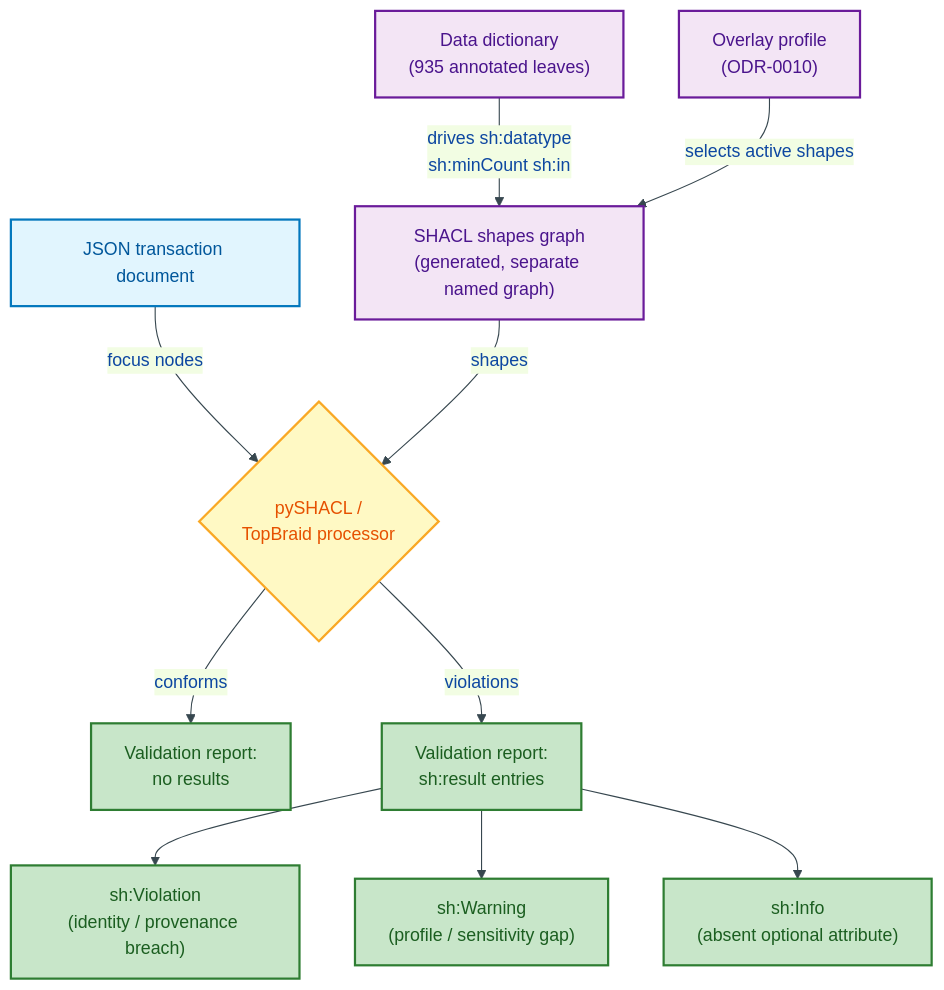
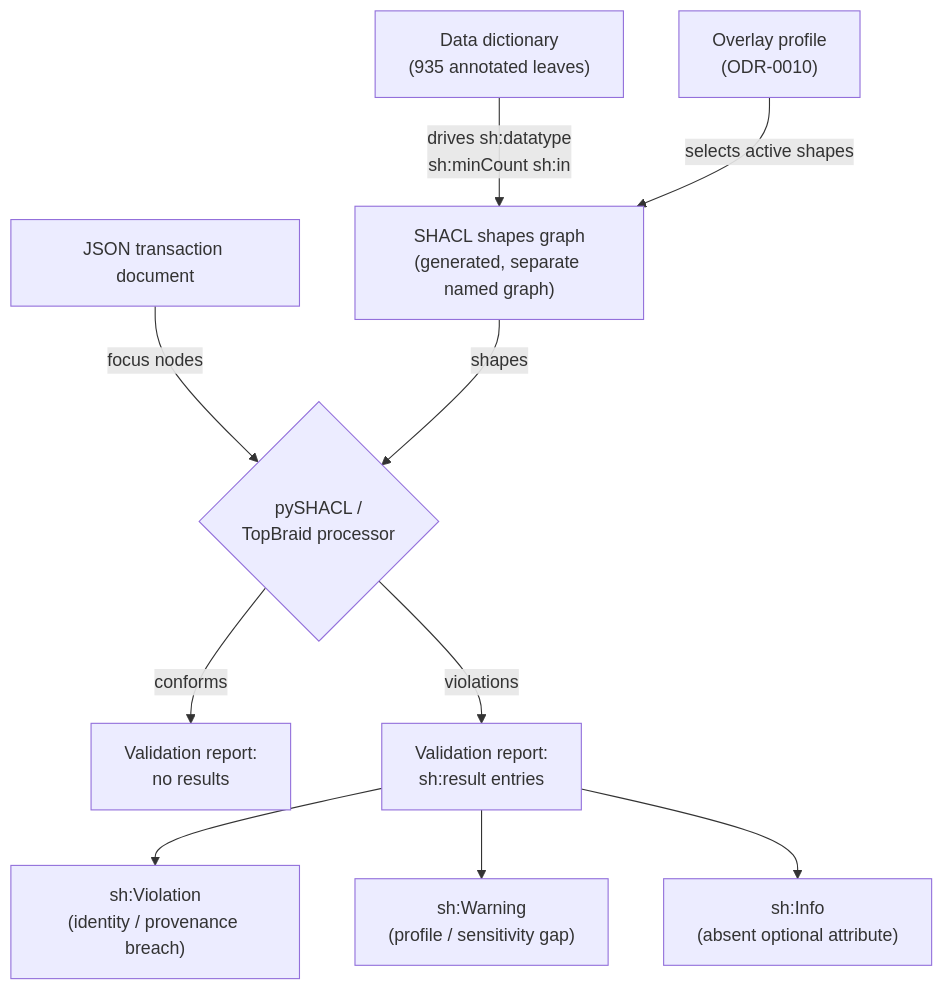
The first of 4 diagrams in docs/ontology/odr/ODR-0013-shacl-validation-and-severity.md (sparkling/opda), drawn with Mermaid before and after one commit. The commit also changed other lines of this file and 25 other files, not shown here.

````diff
--- a/docs/ontology/odr/ODR-0013-shacl-validation-and-severity.md
+++ b/docs/ontology/odr/ODR-0013-shacl-validation-and-severity.md
@@ -29,24 +29,19 @@
 ```mermaid
-%%{init:{"theme":"base","themeVariables":{"primaryColor":"#E3F2FD","primaryTextColor":"#0D47A1","primaryBorderColor":"#1565C0","lineColor":"#37474F"}}}%%
 flowchart TD
     accTitle: SHACL validation flow
     accDescr: A JSON transaction document is validated against profile-selected SHACL shapes to produce a severity-tiered report.
-    classDef process fill:#E1F5FE,stroke:#0277BD,stroke-width:2px,color:#01579B
-    classDef decision fill:#FFF9C4,stroke:#F9A825,stroke-width:2px,color:#E65100
-    classDef output fill:#C8E6C9,stroke:#2E7D32,stroke-width:2px,color:#1B5E20
-    classDef store fill:#F3E5F5,stroke:#6A1B9A,stroke-width:2px,color:#4A148C
 
-    DD["Data dictionary<br/>(935 annotated leaves)"]:::store
-    SG["SHACL shapes graph<br/>(generated, separate named graph)"]:::store
+    DD["Data dictionary<br/>(935 annotated leaves)"]:::user
+    SG["SHACL shapes graph<br/>(generated, separate named graph)"]:::user
     DD -->|"drives sh:datatype<br/>sh:minCount sh:in"| SG
     JSON["JSON transaction document"]:::process
-    PROF["Overlay profile<br/>(ODR-0010)"]:::store
+    PROF["Overlay profile<br/>(ODR-0010)"]:::user
     PROF -->|"selects active shapes"| SG
-    JSON -->|"focus nodes"| PROC{"pySHACL /<br/>TopBraid processor"}:::decision
+    JSON -->|"focus nodes"| PROC{"pySHACL /<br/>TopBraid processor"}:::warning
     SG -->|"shapes"| PROC
-    PROC -->|"conforms"| OK["Validation report:<br/>no results"]:::output
-    PROC -->|"violations"| RPT["Validation report:<br/>sh:result entries"]:::output
-    RPT --> V["sh:Violation<br/>(identity / provenance breach)"]:::output
-    RPT --> W["sh:Warning<br/>(profile / sensitivity gap)"]:::output
-    RPT --> I["sh:Info<br/>(absent optional attribute)"]:::output
+    PROC -->|"conforms"| OK["Validation report:<br/>no results"]:::success
+    PROC -->|"violations"| RPT["Validation report:<br/>sh:result entries"]:::success
+    RPT --> V["sh:Violation<br/>(identity / provenance breach)"]:::success
+    RPT --> W["sh:Warning<br/>(profile / sensitivity gap)"]:::success
+    RPT --> I["sh:Info<br/>(absent optional attribute)"]:::success
 ```
````
